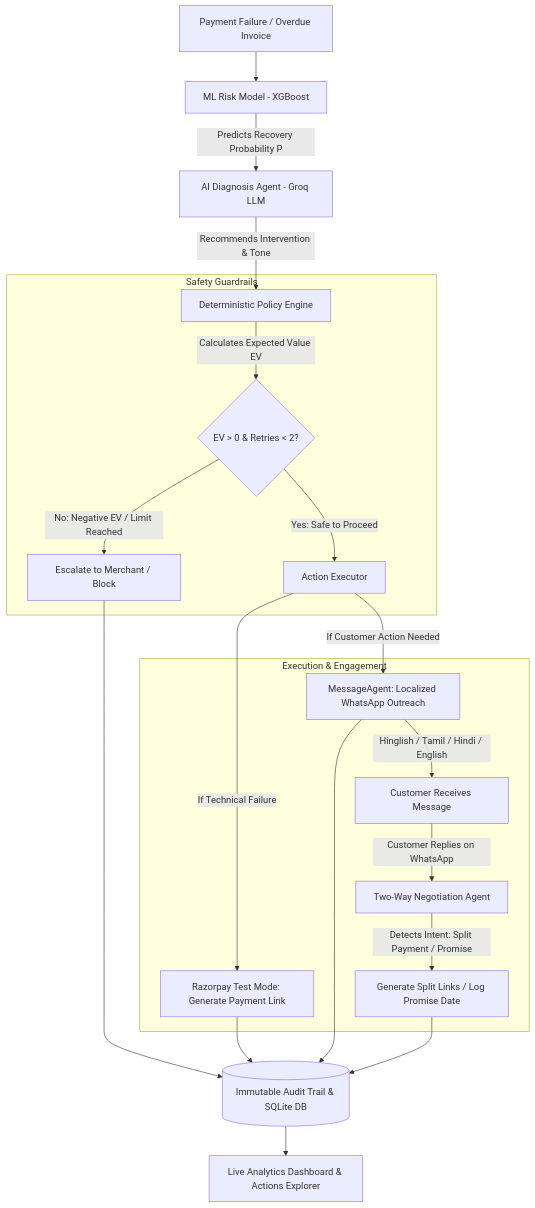
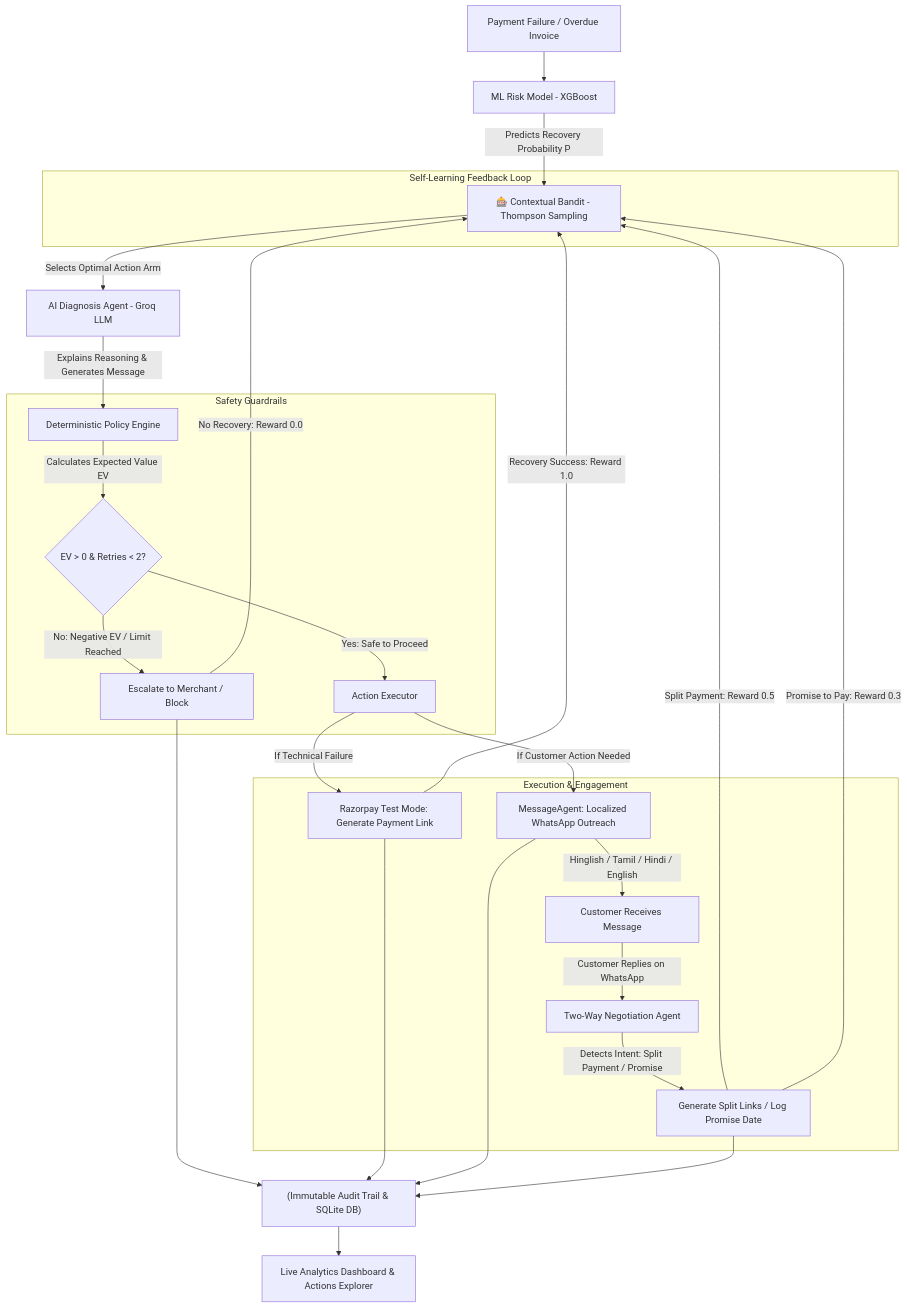
The diagram in README.md (Anurag-334/recoverai), drawn with Mermaid before and after one commit. The commit also changed other lines of this file and 33 other files, not shown here.

First line of the commit message:
Add unit tests for Contextual Multi-Armed Bandit and VoiceAgent

````diff
--- a/README.md
+++ b/README.md
@@ -46,26 +46,34 @@
 ```mermaid
 flowchart TD
     A[Payment Failure / Overdue Invoice] --> B[ML Risk Model - XGBoost]
-    B -->|Predicts Recovery Probability P| C[AI Diagnosis Agent - Groq LLM]
-    C -->|Recommends Intervention & Tone| D[Deterministic Policy Engine]
+    B -->|Predicts Recovery Probability P| BA[🎰 Contextual Bandit - Thompson Sampling]
+    BA -->|Selects Optimal Action Arm| C[AI Diagnosis Agent - Groq LLM]
+    C -->|Explains Reasoning & Generates Message| D[Deterministic Policy Engine]
     
     subgraph Safety Guardrails
         D -->|Calculates Expected Value EV| D1{EV > 0 & Retries < 2?}
         D1 -->|No: Negative EV / Limit Reached| E[Escalate to Merchant / Block]
         D1 -->|Yes: Safe to Proceed| F[Action Executor]
     end
     
     subgraph Execution & Engagement
         F -->|If Technical Failure| G[Razorpay Test Mode: Generate Payment Link]
         F -->|If Customer Action Needed| H[MessageAgent: Localized WhatsApp Outreach]
         H -->|Hinglish / Tamil / Hindi / English| I[Customer Receives Message]
         I -->|Customer Replies on WhatsApp| J[Two-Way Negotiation Agent]
         J -->|Detects Intent: Split Payment / Promise| K[Generate Split Links / Log Promise Date]
     end
     
-    E --> L[(Immutable Audit Trail & SQLite DB)]
+    subgraph Self-Learning Feedback Loop
+        G -->|Recovery Success: Reward 1.0| BA
+        K -->|Split Payment: Reward 0.5| BA
+        K -->|Promise to Pay: Reward 0.3| BA
+        E -->|No Recovery: Reward 0.0| BA
+    end
+    
+    E --> L["(Immutable Audit Trail & SQLite DB)"]
     G --> L
     H --> L
     K --> L
     L --> M[Live Analytics Dashboard & Actions Explorer]
 ```
````
